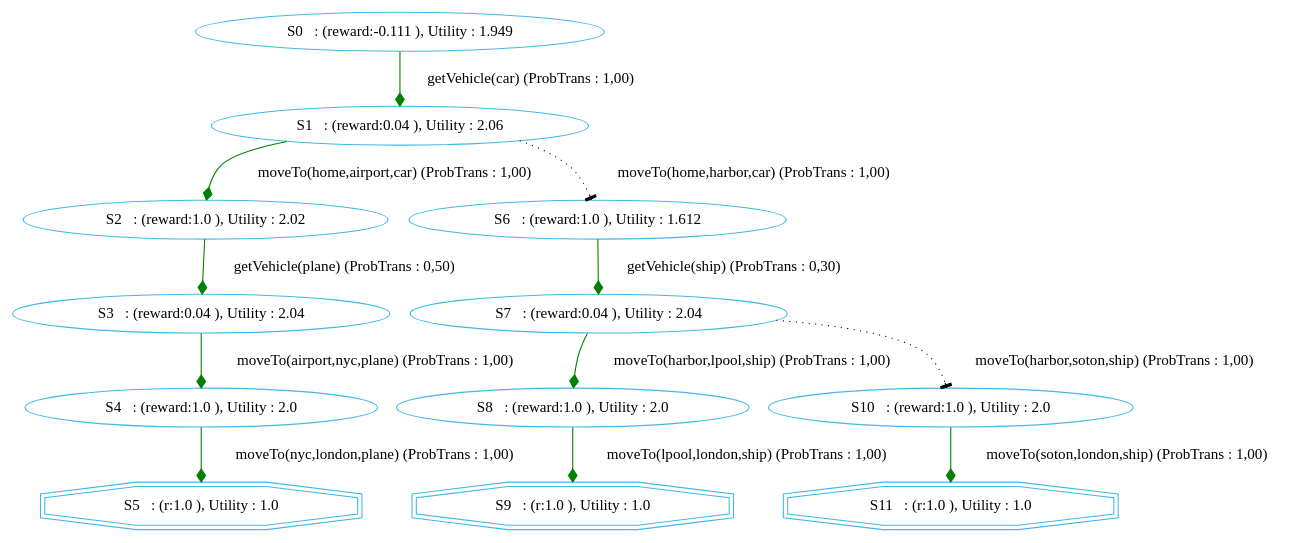
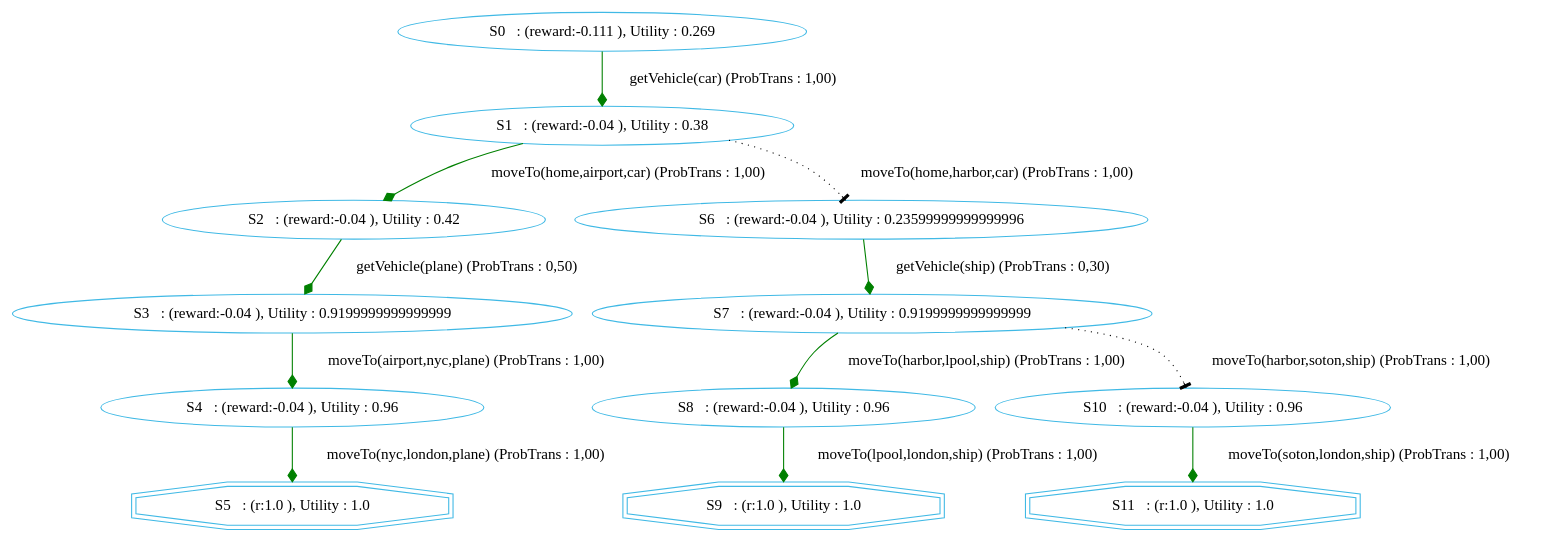
Before and after one commit to htiraHatem/CHIMP_MDP: the diagram in chimp/src/main/java/examples/MDP/gotolondon/gotolondonGraphVICHIMP.dot, drawn with Graphviz. The commit also changed 9 other files, not shown here.

```diff
--- a/chimp/src/main/java/examples/MDP/gotolondon/gotolondonGraphVICHIMP.dot
+++ b/chimp/src/main/java/examples/MDP/gotolondon/gotolondonGraphVICHIMP.dot
@@ -1,27 +1,27 @@
 digraph {
   node [color="#40b9e5" ]
  size="60,17";
 "5" [label=" S5   : (r:1.0 ), Utility : 1.0 " shape=doubleoctagon];
 "9" [label=" S9   : (r:1.0 ), Utility : 1.0 " shape=doubleoctagon];
 "11" [label=" S11   : (r:1.0 ), Utility : 1.0 " shape=doubleoctagon];
-"0" [label=" S0   : (reward:-0.111 ), Utility : 1.949 "];
-"1" [label=" S1   : (reward:0.04 ), Utility : 2.06 "];
-"2" [label=" S2   : (reward:1.0 ), Utility : 2.02 "];
-"3" [label=" S3   : (reward:0.04 ), Utility : 2.04 "];
-"4" [label=" S4   : (reward:1.0 ), Utility : 2.0 "];
-"6" [label=" S6   : (reward:1.0 ), Utility : 1.612 "];
-"7" [label=" S7   : (reward:0.04 ), Utility : 2.04 "];
-"8" [label=" S8   : (reward:1.0 ), Utility : 2.0 "];
-"10" [label=" S10   : (reward:1.0 ), Utility : 2.0 "];
+"0" [label=" S0   : (reward:-0.111 ), Utility : 0.269 "];
+"1" [label=" S1   : (reward:-0.04 ), Utility : 0.38 "];
+"2" [label=" S2   : (reward:-0.04 ), Utility : 0.42 "];
+"3" [label=" S3   : (reward:-0.04 ), Utility : 0.9199999999999999 "];
+"4" [label=" S4   : (reward:-0.04 ), Utility : 0.96 "];
+"6" [label=" S6   : (reward:-0.04 ), Utility : 0.23599999999999996 "];
+"7" [label=" S7   : (reward:-0.04 ), Utility : 0.9199999999999999 "];
+"8" [label=" S8   : (reward:-0.04 ), Utility : 0.96 "];
+"10" [label=" S10   : (reward:-0.04 ), Utility : 0.96 "];
 "0" -> "1" [ label="getVehicle(car) (ProbTrans : 1,00)"
 , arrowhead = diamond , color=green];"1" -> "2" [ label="moveTo(home,airport,car) (ProbTrans : 1,00)"
 , arrowhead = diamond , color=green];"1" -> "6" [ label="moveTo(home,harbor,car) (ProbTrans : 1,00)"
 ,style=dotted, arrowhead=tee];"2" -> "3" [ label="getVehicle(plane) (ProbTrans : 0,50)"
 , arrowhead = diamond , color=green];"3" -> "4" [ label="moveTo(airport,nyc,plane) (ProbTrans : 1,00)"
 , arrowhead = diamond , color=green];"4" -> "5" [ label="moveTo(nyc,london,plane) (ProbTrans : 1,00)"
 , arrowhead = diamond , color=green];"6" -> "7" [ label="getVehicle(ship) (ProbTrans : 0,30)"
 , arrowhead = diamond , color=green];"7" -> "8" [ label="moveTo(harbor,lpool,ship) (ProbTrans : 1,00)"
 , arrowhead = diamond , color=green];"7" -> "10" [ label="moveTo(harbor,soton,ship) (ProbTrans : 1,00)"
 ,style=dotted, arrowhead=tee];"8" -> "9" [ label="moveTo(lpool,london,ship) (ProbTrans : 1,00)"
 , arrowhead = diamond , color=green];"10" -> "11" [ label="moveTo(soton,london,ship) (ProbTrans : 1,00)"
 , arrowhead = diamond , color=green];}
```
